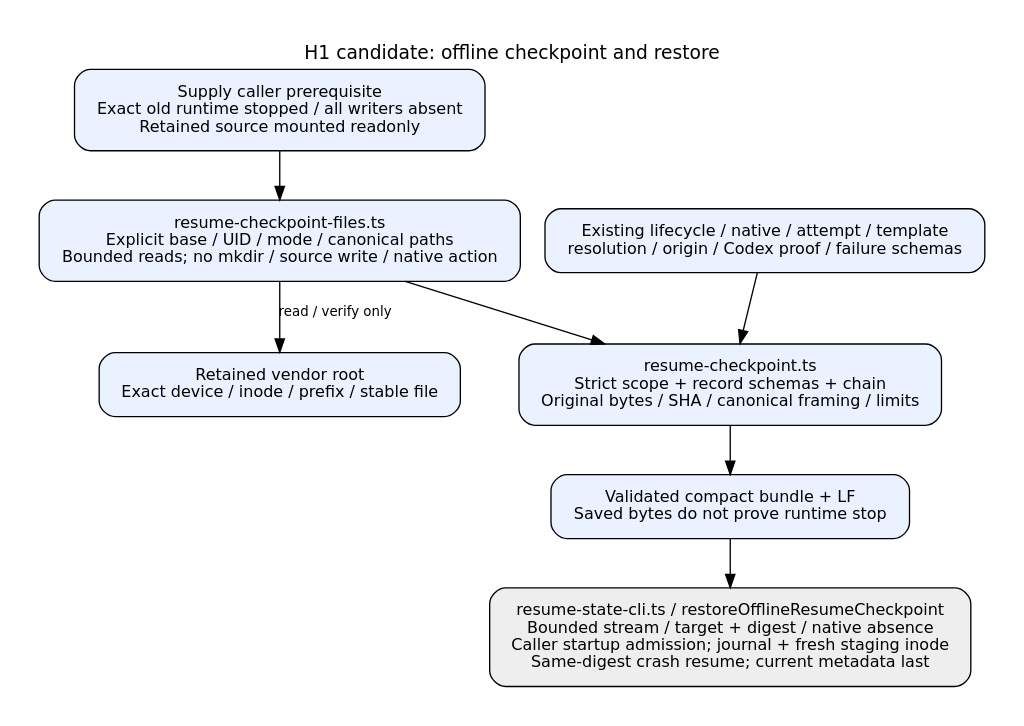
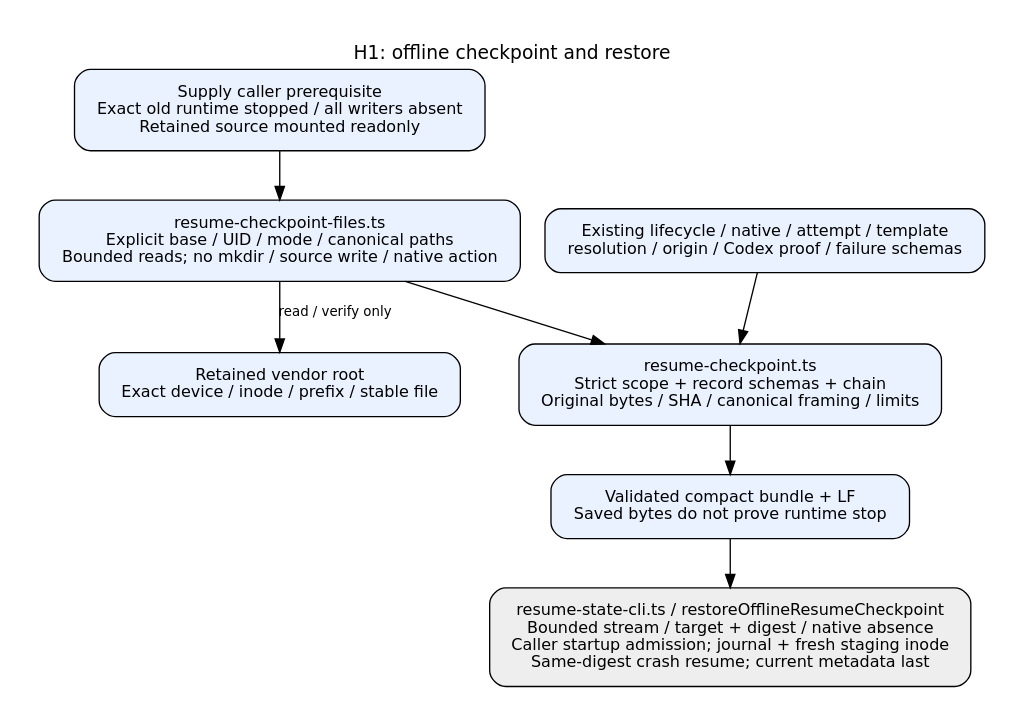
One commit to kitepon/aiterm-mcp changed the diagram in docs/architecture/resume-checkpoint.dot. Above: the diagram before and after it, drawn with Graphviz. The commit also changed 4 other files, not shown here.

```diff
--- a/docs/architecture/resume-checkpoint.dot
+++ b/docs/architecture/resume-checkpoint.dot
@@ -1,16 +1,16 @@
 digraph checkpoint {
- graph [rankdir=TB,bgcolor="white",pad=0.3,fontname="DejaVu Sans",label="H1 candidate: offline checkpoint and restore",labelloc=t];
+ graph [rankdir=TB,bgcolor="white",pad=0.3,fontname="DejaVu Sans",label="H1: offline checkpoint and restore",labelloc=t];
  node [shape=box,style="rounded,filled",fillcolor="#eaf2ff",fontname="DejaVu Sans",fontsize=12,margin="0.25,0.15"];
  edge [fontname="DejaVu Sans",fontsize=10];
  caller [label="Supply caller prerequisite\nExact old runtime stopped / all writers absent\nRetained source mounted readonly"];
  files [label="resume-checkpoint-files.ts\nExplicit base / UID / mode / canonical paths\nBounded reads; no mkdir / source write / native action"];
  codec [label="resume-checkpoint.ts\nStrict scope + record schemas + chain\nOriginal bytes / SHA / canonical framing / limits"];
  schemas [label="Existing lifecycle / native / attempt / template\nresolution / origin / Codex proof / failure schemas"];
  vendor [label="Retained vendor root\nExact device / inode / prefix / stable file"];
  result [label="Validated compact bundle + LF\nSaved bytes do not prove runtime stop"];
  future [fillcolor="#eeeeee",label="resume-state-cli.ts / restoreOfflineResumeCheckpoint\nBounded stream / target + digest / native absence\nCaller startup admission; journal + fresh staging inode\nSame-digest crash resume; current metadata last"];
  caller -> files -> codec -> result;
  schemas -> codec;
  files -> vendor [label="read / verify only"];
  result -> future;
 }
```
